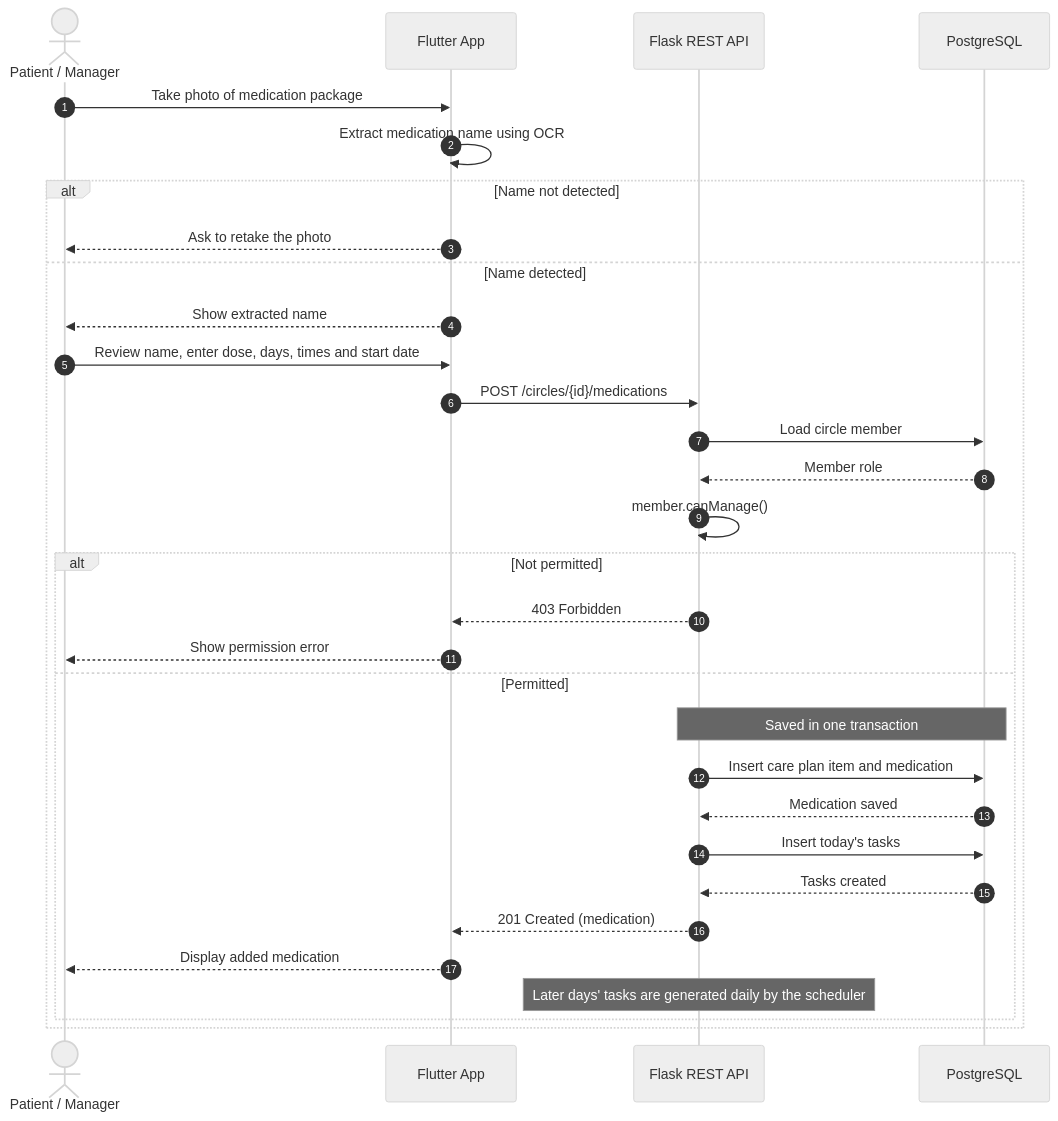
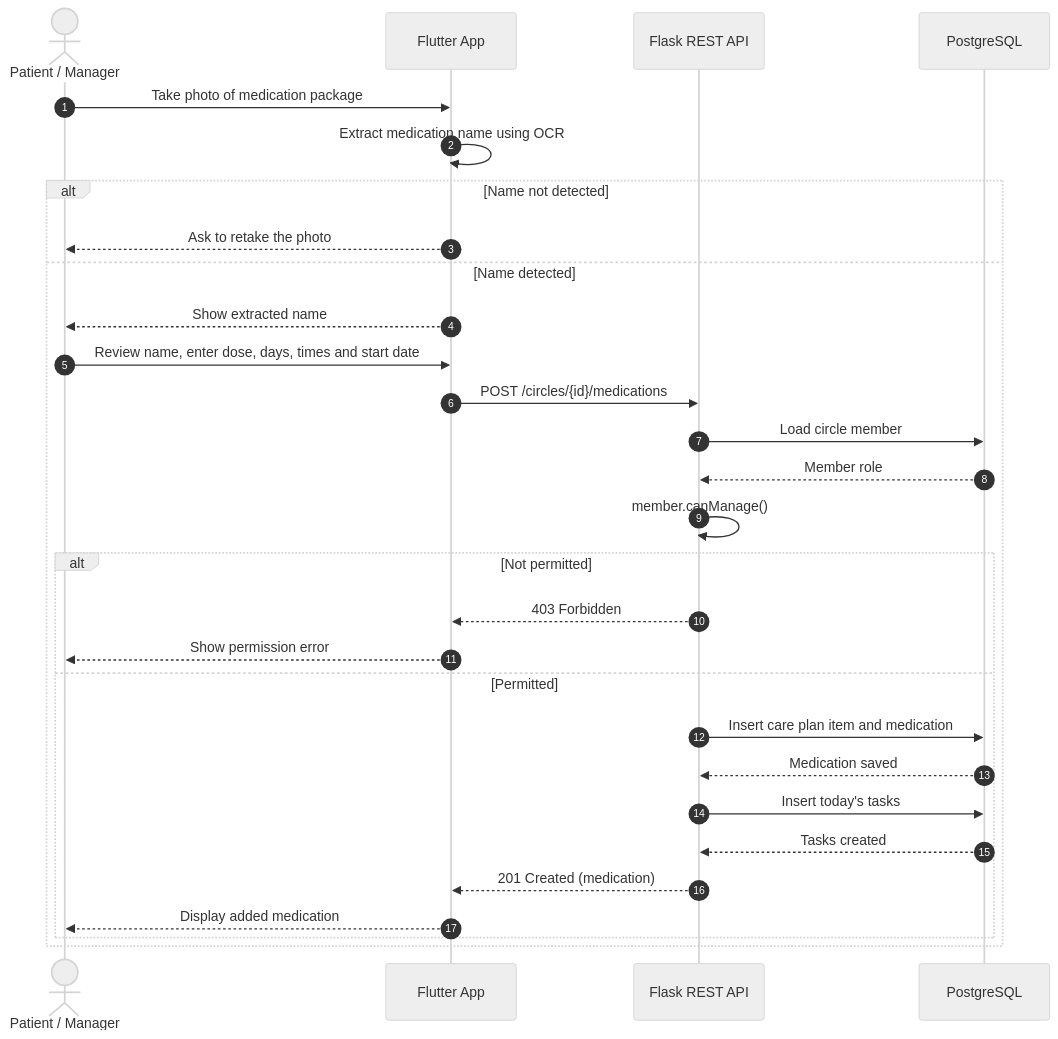
One commit to Alanoud-Aloraydi/TFAQUD-Portfolio changed the second of 2 diagrams in docs/stage-3-technical-documentation.md. Above: the diagram before and after it, drawn with Mermaid (neutral theme).

Commit message:
Update documentation by removing unnecessary notes
Removed notes about transaction saving and task generation.

````diff
--- a/docs/stage-3-technical-documentation.md
+++ b/docs/stage-3-technical-documentation.md
@@ -137,35 +137,35 @@
 ```mermaid
 sequenceDiagram
     autonumber
     actor U as Patient / Manager
     participant App as Flutter App
     participant API as Flask REST API
     participant DB as PostgreSQL
 
     U->>App: Take photo of medication package
     App->>App: Extract medication name using OCR
     alt Name not detected
         App-->>U: Ask to retake the photo
     else Name detected
         App-->>U: Show extracted name
         U->>App: Review name, enter dose, days, times and start date
         App->>API: POST /circles/{id}/medications
         API->>DB: Load circle member
         DB-->>API: Member role
         API->>API: member.canManage()
 
         alt Not permitted
             API-->>App: 403 Forbidden
             App-->>U: Show permission error
         else Permitted
-            Note over API,DB: Saved in one transaction
+
             API->>DB: Insert care plan item and medication
             DB-->>API: Medication saved
             API->>DB: Insert today's tasks
             DB-->>API: Tasks created
             API-->>App: 201 Created (medication)
             App-->>U: Display added medication
-            Note over API: Later days' tasks are generated daily by the scheduler
+
         end
     end
 ```
````
